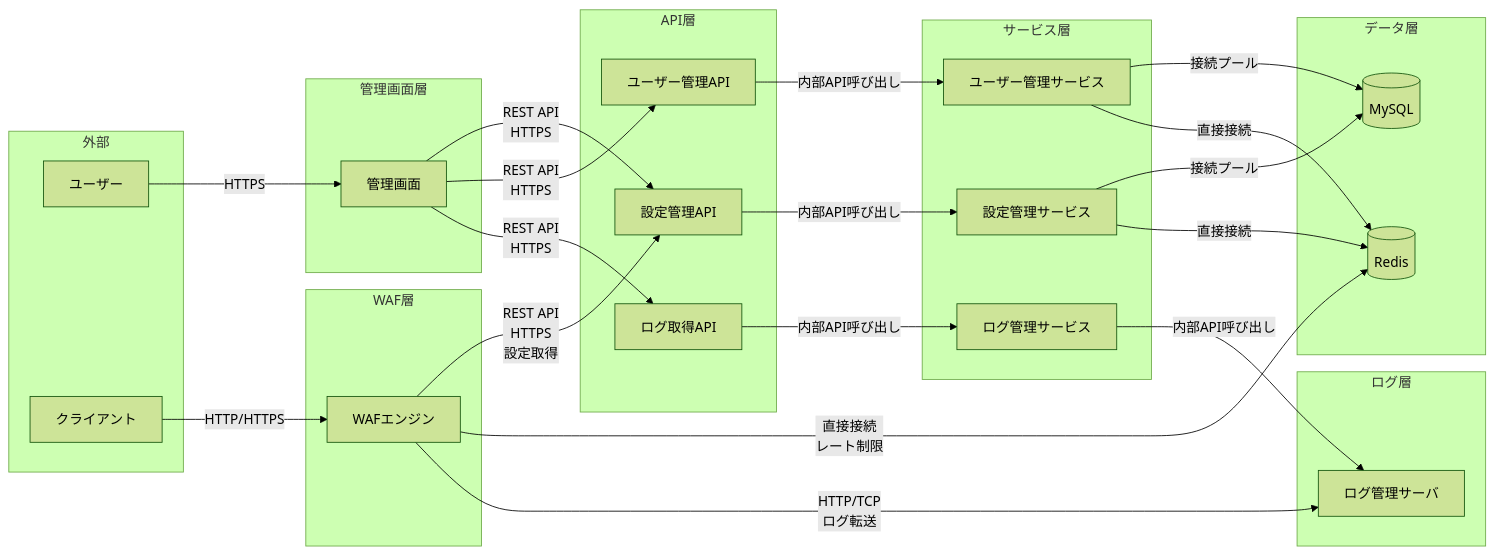
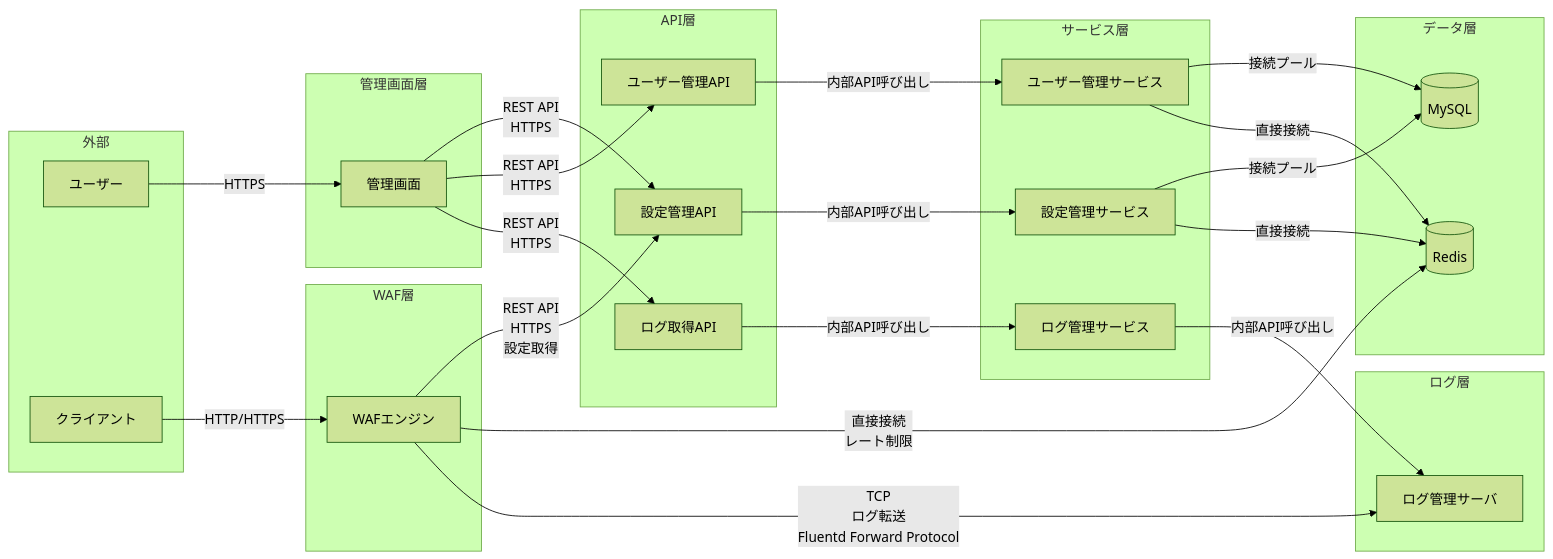
The ninth of 13 diagrams in DESIGN.md (kencom2400/MrWebDefence-Design), drawn with Mermaid (forest theme) before and after one commit. The commit also changed other lines of this file and 1 other file, not shown here.

````diff
--- a/DESIGN.md
+++ b/DESIGN.md
@@ -827,57 +828,57 @@
 ```mermaid
 graph LR
     subgraph "外部"
         User[ユーザー]
         Client[クライアント]
     end
 
     subgraph "管理画面層"
         AdminUI[管理画面]
     end
 
     subgraph "API層"
         ConfigAPI[設定管理API]
         UserAPI[ユーザー管理API]
         LogAPI[ログ取得API]
     end
 
     subgraph "サービス層"
         ConfigService[設定管理サービス]
         UserService[ユーザー管理サービス]
         LogService[ログ管理サービス]
     end
 
     subgraph "データ層"
         MySQL[(MySQL)]
         Redis[(Redis)]
     end
 
     subgraph "WAF層"
         WAFEngine[WAFエンジン]
     end
 
     subgraph "ログ層"
         LogServer[ログ管理サーバ]
     end
 
     User -->|HTTPS| AdminUI
     Client -->|HTTP/HTTPS| WAFEngine
 
     AdminUI -->|REST API<br/>HTTPS| ConfigAPI
     AdminUI -->|REST API<br/>HTTPS| UserAPI
     AdminUI -->|REST API<br/>HTTPS| LogAPI
 
     ConfigAPI -->|内部API呼び出し| ConfigService
     UserAPI -->|内部API呼び出し| UserService
     LogAPI -->|内部API呼び出し| LogService
 
     ConfigService -->|接続プール| MySQL
     ConfigService -->|直接接続| Redis
     UserService -->|接続プール| MySQL
     UserService -->|直接接続| Redis
     LogService -->|内部API呼び出し| LogServer
 
     WAFEngine -->|REST API<br/>HTTPS<br/>設定取得| ConfigAPI
     WAFEngine -->|直接接続<br/>レート制限| Redis
-    WAFEngine -->|HTTP/TCP<br/>ログ転送| LogServer
+    WAFEngine -->|TCP<br/>ログ転送<br/>Fluentd Forward Protocol| LogServer
 ```
````
